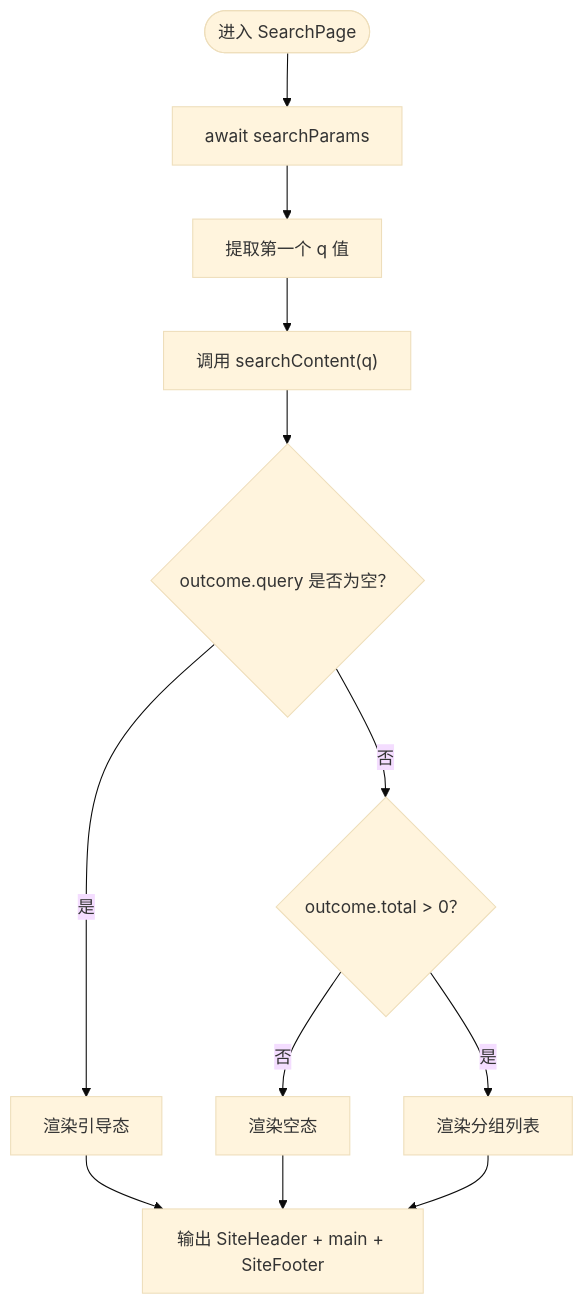
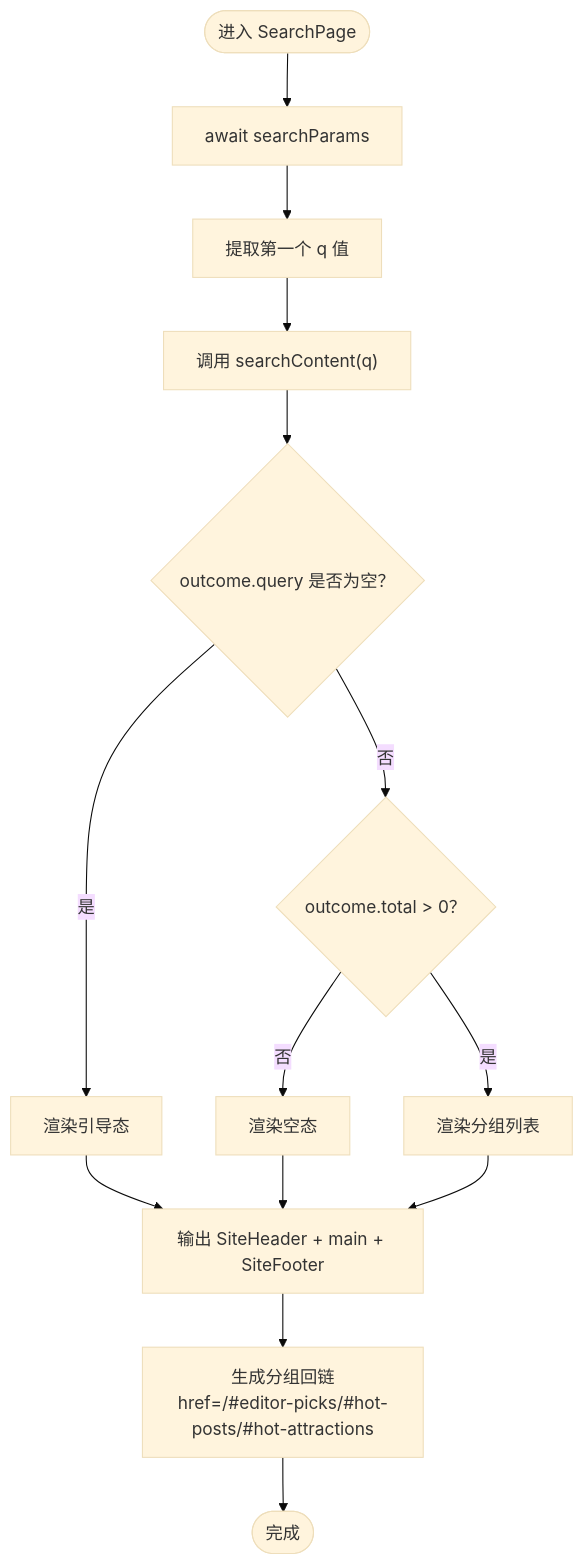
The third of 8 diagrams in .qoder/repowiki/zh/content/规格驱动开发/WanderChain 首页规格文档/WanderChain 搜索页面规格.md (luyitiger6/my-first-project), drawn with Mermaid (base theme) before and after one commit. The commit also changed other lines of this file and 42 other files, not shown here.

````diff
--- a/.qoder/repowiki/zh/content/规格驱动开发/WanderChain 首页规格文档/WanderChain 搜索页面规格.md
+++ b/.qoder/repowiki/zh/content/规格驱动开发/WanderChain 首页规格文档/WanderChain 搜索页面规格.md
@@ -138,14 +155,16 @@
 ```mermaid
 flowchart TD
 Start(["进入 SearchPage"]) --> AwaitParams["await searchParams"]
 AwaitParams --> FirstQ["提取第一个 q 值"]
 FirstQ --> CallSearch["调用 searchContent(q)"]
 CallSearch --> Outcome{"outcome.query 是否为空？"}
 Outcome --> |是| Guide["渲染引导态"]
 Outcome --> |否| HasTotal{"outcome.total > 0？"}
 HasTotal --> |否| Empty["渲染空态"]
 HasTotal --> |是| Groups["渲染分组列表"]
 Guide --> Render["输出 SiteHeader + main + SiteFooter"]
 Empty --> Render
 Groups --> Render
+Render --> AnchorLinks["生成分组回链<br/>href=/#editor-picks/#hot-posts/#hot-attractions"]
+AnchorLinks --> End(["完成"])
 ```
````
